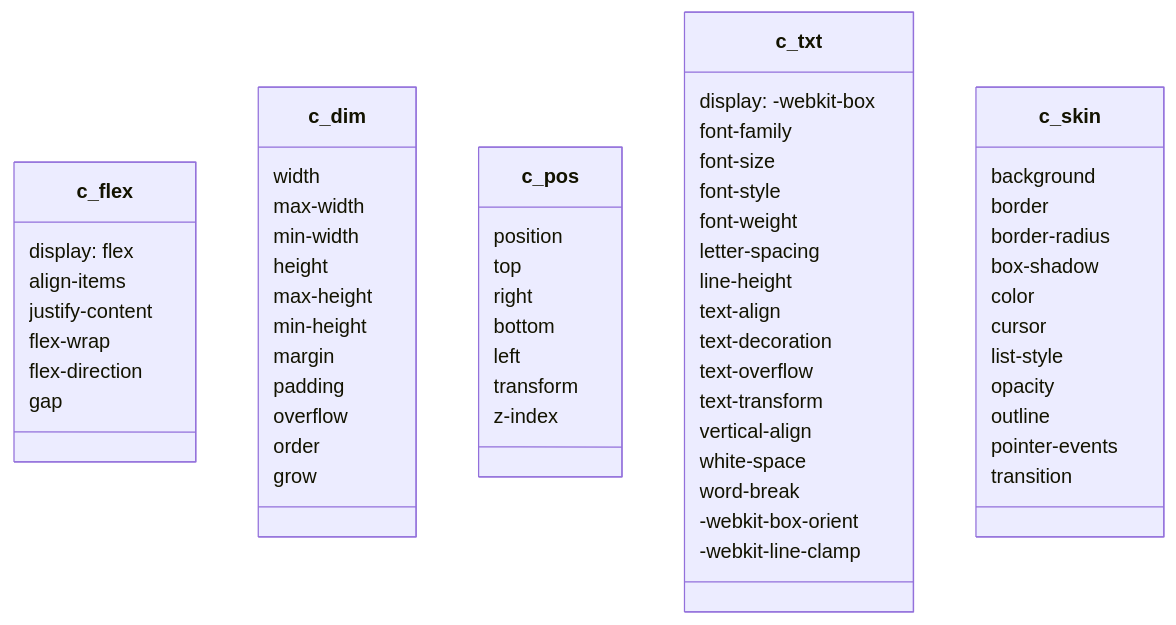
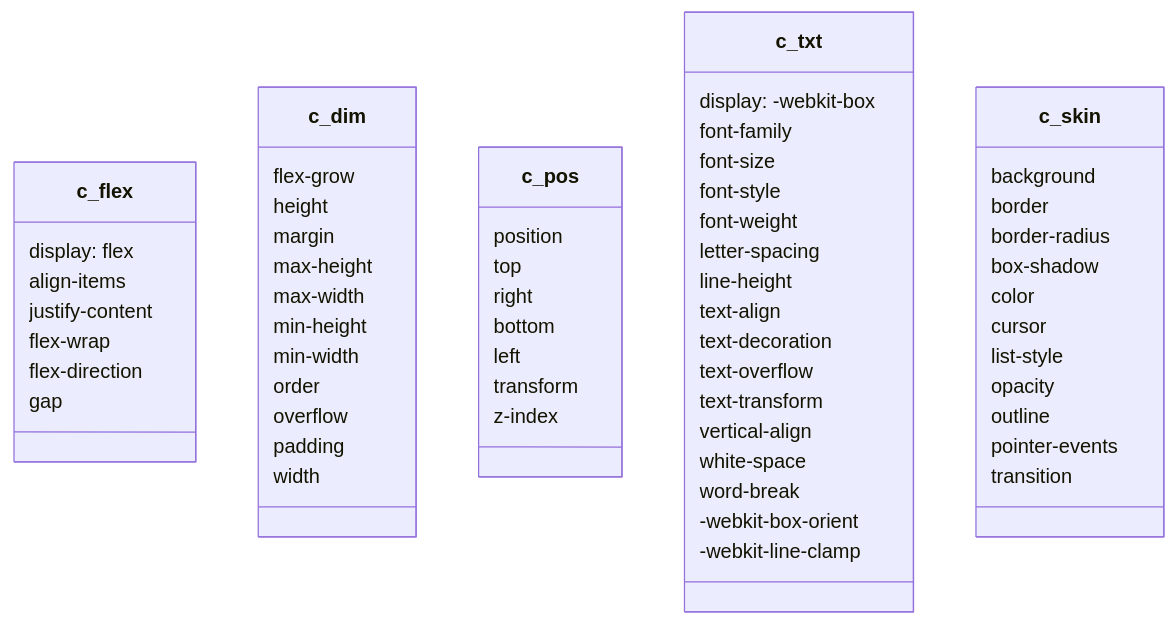
Before and after one commit to ita-design-system/.github: the first of 2 diagrams in README.md, drawn with Mermaid.

````diff
--- a/README.md
+++ b/README.md
@@ -26,64 +26,64 @@
 ```mermaid
 classDiagram
     class c_flex {
         display: flex
         align-items
         justify-content
         flex-wrap
         flex-direction
         gap
     }
     class c_dim {
+        flex-grow
+        height
+        margin
+        max-height
+        max-width
+        min-height
+        min-width
+        order
+        overflow
+        padding
         width
-        max-width
-        min-width
-        height
-        max-height
-        min-height
-        margin
-        padding
-        overflow
-        order
-        grow
     }
     class c_pos {
         position
         top
         right
         bottom
         left
         transform
         z-index
     }
     class c_txt {
         display: -webkit-box
         font-family
         font-size
         font-style
         font-weight
         letter-spacing
         line-height
         text-align
         text-decoration
         text-overflow
         text-transform
         vertical-align
         white-space
         word-break
         -webkit-box-orient
         -webkit-line-clamp
     }
     class c_skin {
         background
         border
         border-radius
         box-shadow
         color
         cursor
         list-style
         opacity
         outline
         pointer-events
         transition
     }
  ```
````
